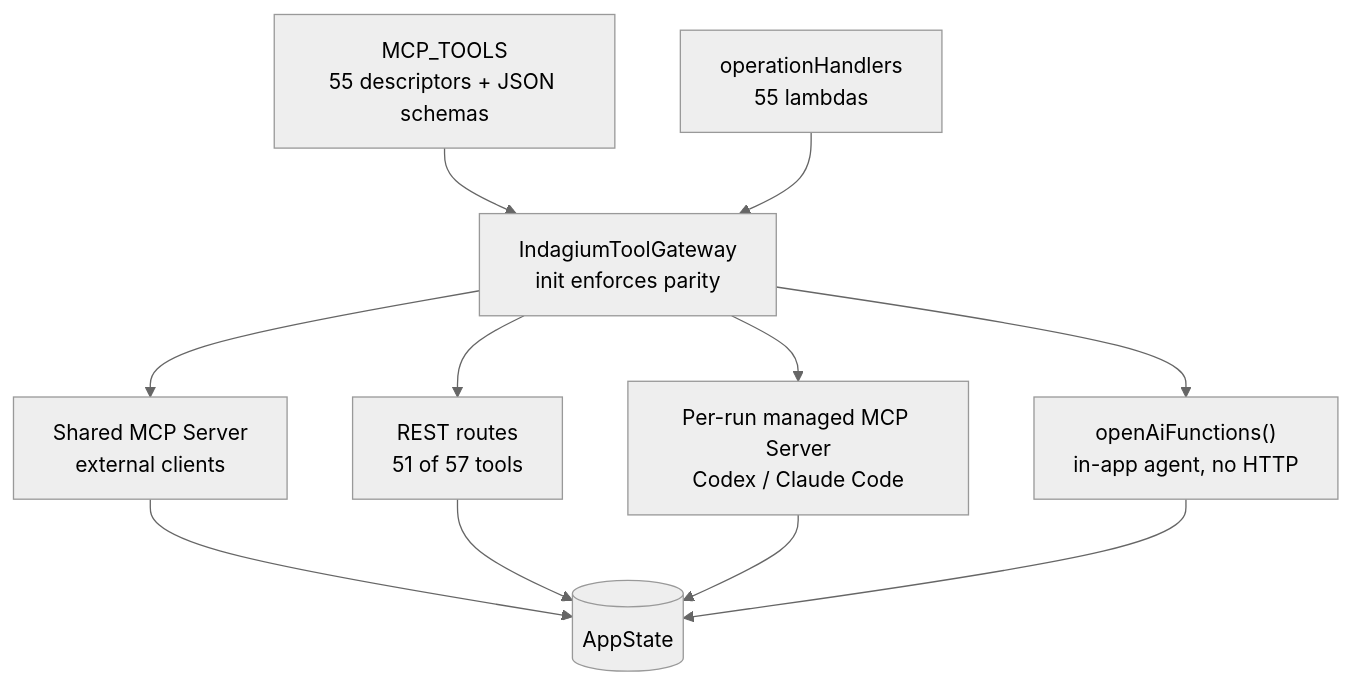
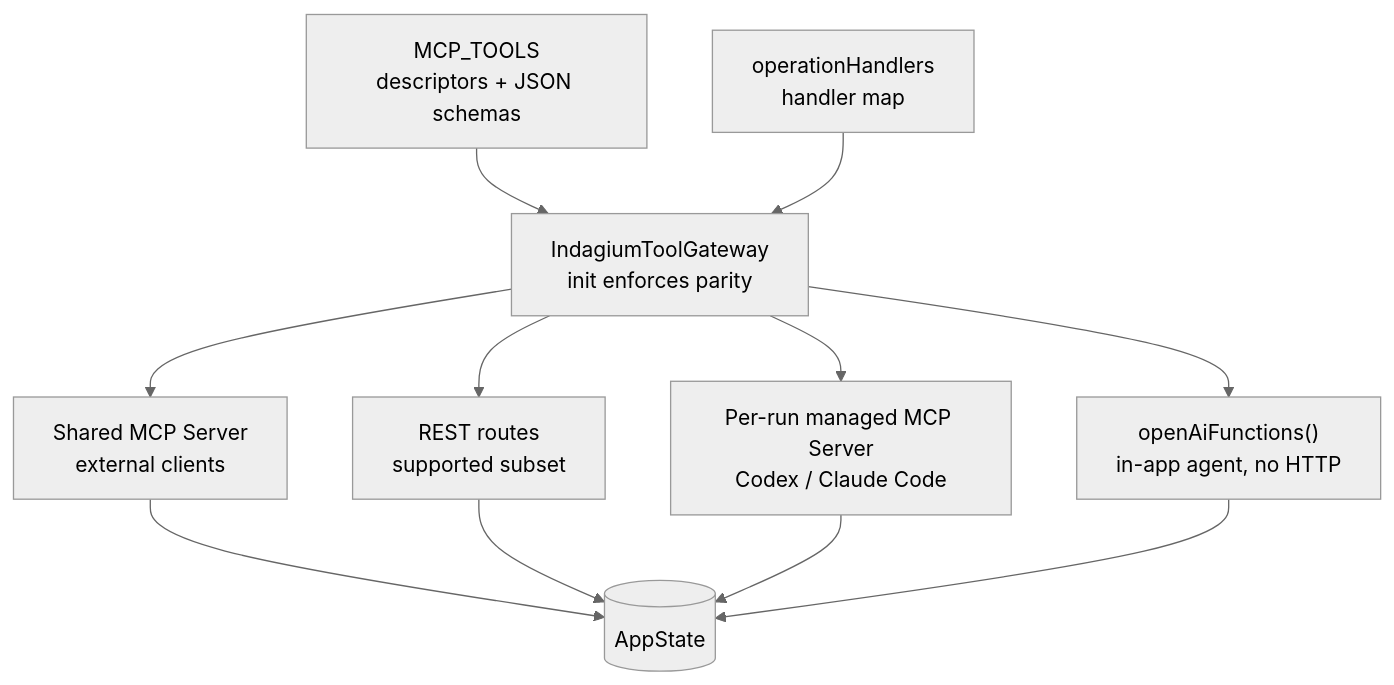
The eighth of 14 diagrams in docs/SAAD.md (indagium/indagium), drawn with Mermaid (neutral theme) before and after one commit. The commit also changed other lines of this file and 25 other files, not shown here.

````diff
--- a/docs/SAAD.md
+++ b/docs/SAAD.md
@@ -1816,24 +1795,24 @@
 ```mermaid
 flowchart TB
-    catalog["MCP_TOOLS<br/>55 descriptors + JSON schemas"]
-    handlers["operationHandlers<br/>55 lambdas"]
+    catalog["MCP_TOOLS<br/>descriptors + JSON schemas"]
+    handlers["operationHandlers<br/>handler map"]
     gw["IndagiumToolGateway<br/>init enforces parity"]
 
     mcp["Shared MCP Server<br/>external clients"]
-    rest["REST routes<br/>51 of 57 tools"]
+    rest["REST routes<br/>supported subset"]
     managed["Per-run managed MCP Server<br/>Codex / Claude Code"]
     fns["openAiFunctions()<br/>in-app agent, no HTTP"]
 
     state[("AppState")]
 
     catalog --> gw
     handlers --> gw
     gw --> mcp
     gw --> rest
     gw --> managed
     gw --> fns
     mcp --> state
     rest --> state
     managed --> state
     fns --> state
 ```
````
